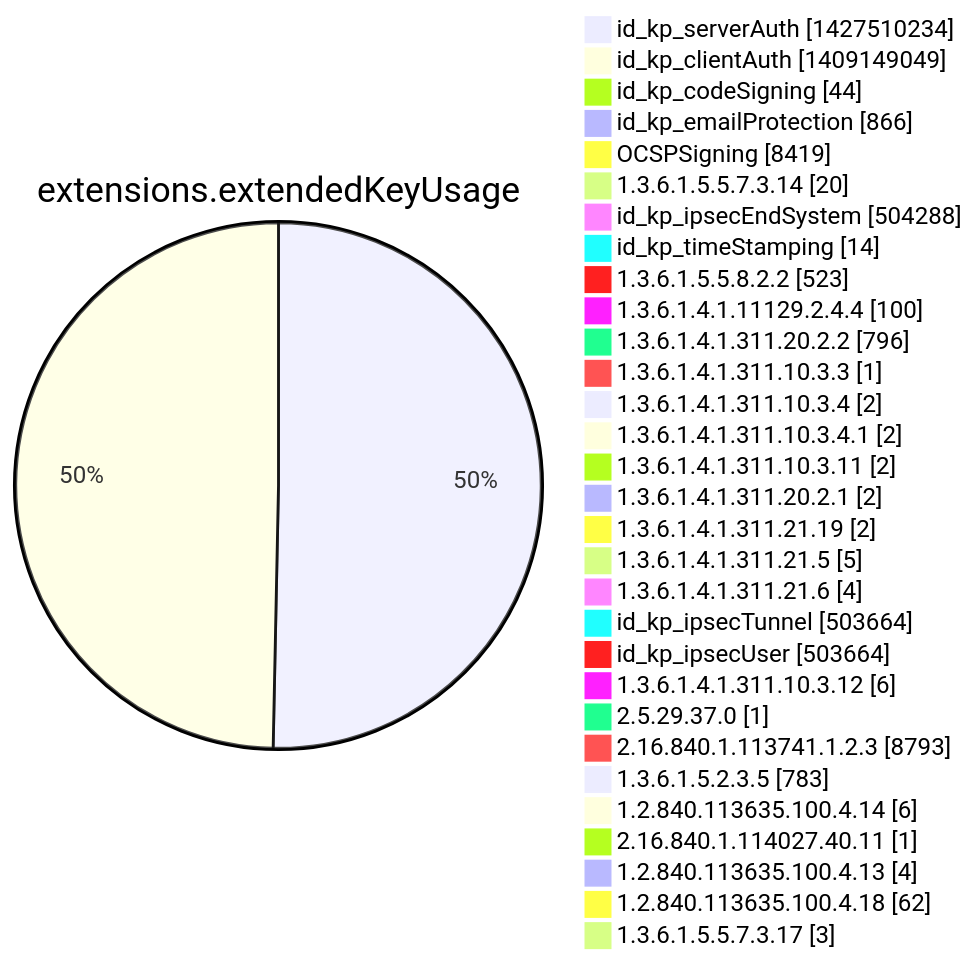
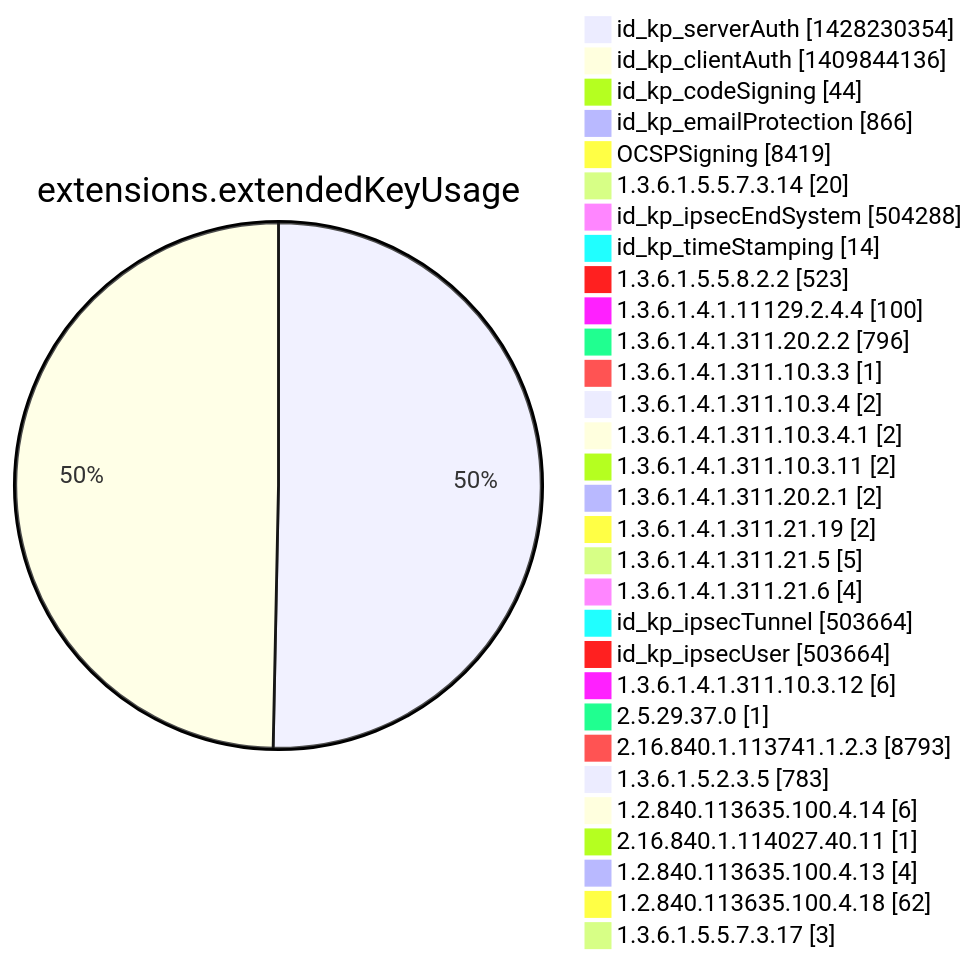
Before and after one commit to christiankrug/ctmonitor_visualization: diagram 12 of 15 in argon2022/README.md, drawn with Mermaid. The commit also changed other lines of this file, not shown here.

````diff
--- a/argon2022/README.md
+++ b/argon2022/README.md
@@ -3555,34 +3555,34 @@
 ```mermaid
 pie showData
 title extensions.extendedKeyUsage
-"id_kp_serverAuth" :1427510234
-"id_kp_clientAuth" :1409149049
+"id_kp_serverAuth" :1428230354
+"id_kp_clientAuth" :1409844136
 "id_kp_codeSigning" :44
 "id_kp_emailProtection" :866
 "OCSPSigning" :8419
 "1.3.6.1.5.5.7.3.14" :20
 "id_kp_ipsecEndSystem" :504288
 "id_kp_timeStamping" :14
 "1.3.6.1.5.5.8.2.2" :523
 "1.3.6.1.4.1.11129.2.4.4" :100
 "1.3.6.1.4.1.311.20.2.2" :796
 "1.3.6.1.4.1.311.10.3.3" :1
 "1.3.6.1.4.1.311.10.3.4" :2
 "1.3.6.1.4.1.311.10.3.4.1" :2
 "1.3.6.1.4.1.311.10.3.11" :2
 "1.3.6.1.4.1.311.20.2.1" :2
 "1.3.6.1.4.1.311.21.19" :2
 "1.3.6.1.4.1.311.21.5" :5
 "1.3.6.1.4.1.311.21.6" :4
 "id_kp_ipsecTunnel" :503664
 "id_kp_ipsecUser" :503664
 "1.3.6.1.4.1.311.10.3.12" :6
 "2.5.29.37.0" :1
 "2.16.840.1.113741.1.2.3" :8793
 "1.3.6.1.5.2.3.5" :783
 "1.2.840.113635.100.4.14" :6
 "2.16.840.1.114027.40.11" :1
 "1.2.840.113635.100.4.13" :4
 "1.2.840.113635.100.4.18" :62
 "1.3.6.1.5.5.7.3.17" :3
 ```
````
